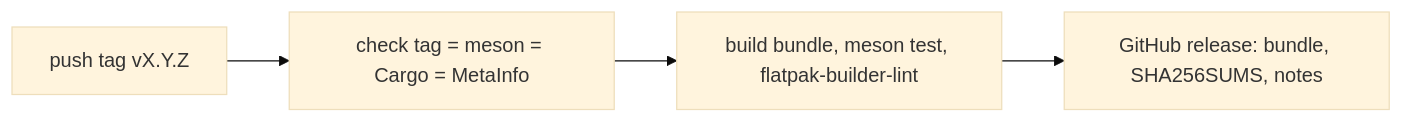
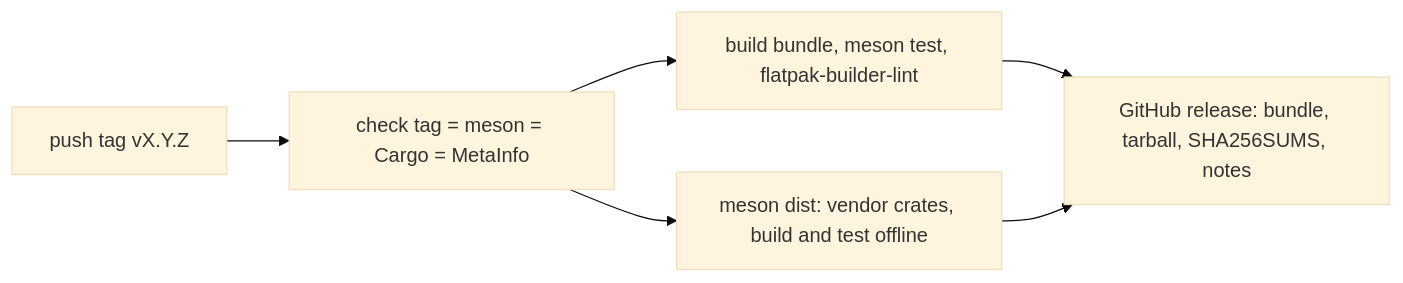
One commit to Tim-van-Oudheusden/pindu-launcher changed the diagram in docs/releasing.md. Above: the diagram before and after it, drawn with Mermaid (base theme). The commit also changed other lines of this file and 7 other files, not shown here.

First line of the commit message:
feat(release): publish vendored sources with every release (#234)

````diff
--- a/docs/releasing.md
+++ b/docs/releasing.md
@@ -7,6 +7,8 @@
 ```mermaid
 flowchart LR
   tag[push tag vX.Y.Z] --> version[check tag = meson = Cargo = MetaInfo]
   version --> flatpak[build bundle, meson test, flatpak-builder-lint]
-  flatpak --> publish[GitHub release: bundle, SHA256SUMS, notes]
+  version --> sources[meson dist: vendor crates, build and test offline]
+  flatpak --> publish[GitHub release: bundle, tarball, SHA256SUMS, notes]
+  sources --> publish
 ```
````
